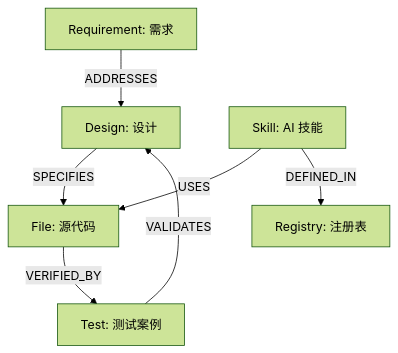
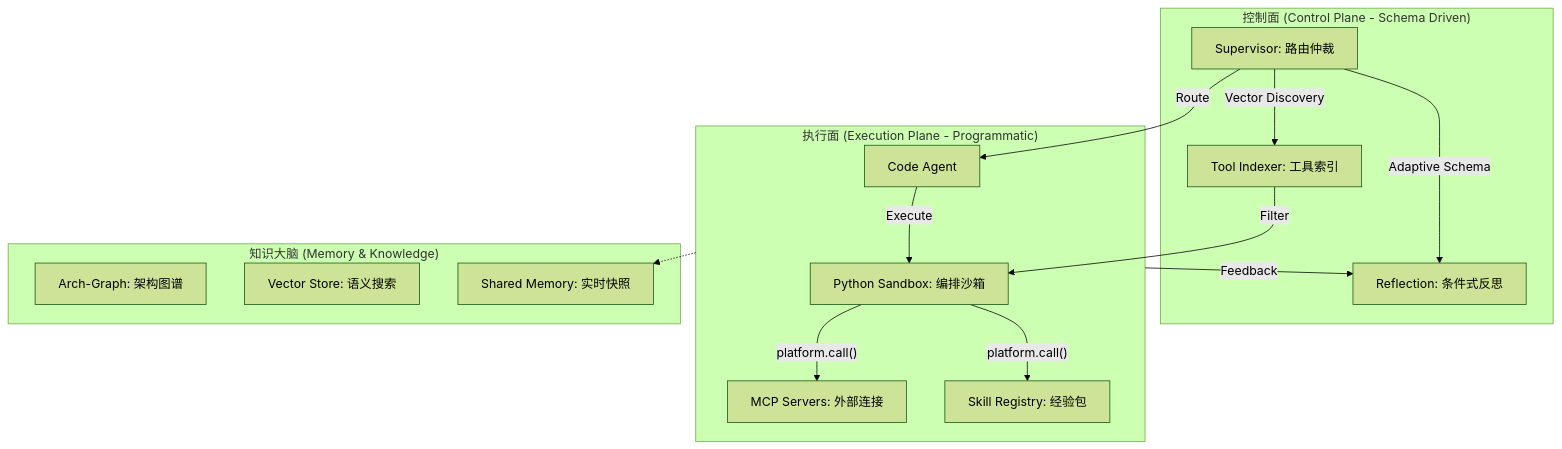
The diagram in docs/architecture/ARCH-GRAPH.md (zxl85813-web/HiveMind_RAG), drawn with Mermaid (forest theme) before and after one commit. The commit also changed other lines of this file and 7 other files, not shown here.

Commit message:
feat(arch): evolve to Agentic OS with Programmatic Tool Calling and TS Schema Drive

````diff
--- a/docs/architecture/ARCH-GRAPH.md
+++ b/docs/architecture/ARCH-GRAPH.md
@@ -12,11 +22,24 @@
 ```mermaid
 graph TD
-    REQ[Requirement: 需求] -- "ADDRESSES" --> DES[Design: 设计]
-    DES -- "SPECIFIES" --> CODE[File: 源代码]
-    CODE -- "VERIFIED_BY" --> TEST[Test: 测试案例]
-    
-    SKILL[Skill: AI 技能] -- "USES" --> CODE
-    SKILL -- "DEFINED_IN" --> REG[Registry: 注册表]
-    
-    TEST -- "VALIDATES" --> DES
+    subgraph Control_Plane ["控制面 (Control Plane - Schema Driven)"]
+        SUP[Supervisor: 路由仲裁] -- "Adaptive Schema" --> REF[Reflection: 条件式反思]
+        SUP -- "Vector Discovery" --> ToolIdx[Tool Indexer: 工具索引]
+    end
+
+    subgraph Execution_Plane ["执行面 (Execution Plane - Programmatic)"]
+        CodeAgent[Code Agent] -- "Execute" --> Sandbox[Python Sandbox: 编排沙箱]
+        Sandbox -- "platform.call()" --> MCP[MCP Servers: 外部连接]
+        Sandbox -- "platform.call()" --> Skills[Skill Registry: 经验包]
+    end
+
+    subgraph Memory_Layer ["知识大脑 (Memory & Knowledge)"]
+        Graph[Arch-Graph: 架构图谱]
+        Vec[Vector Store: 语义搜索]
+        Shared[Shared Memory: 实时快照]
+    end
+
+    SUP -- "Route" --> CodeAgent
+    ToolIdx -- "Filter" --> Sandbox
+    Execution_Plane -- "Feedback" --> REF
+    Execution_Plane -.-> Shared
 ```
````
